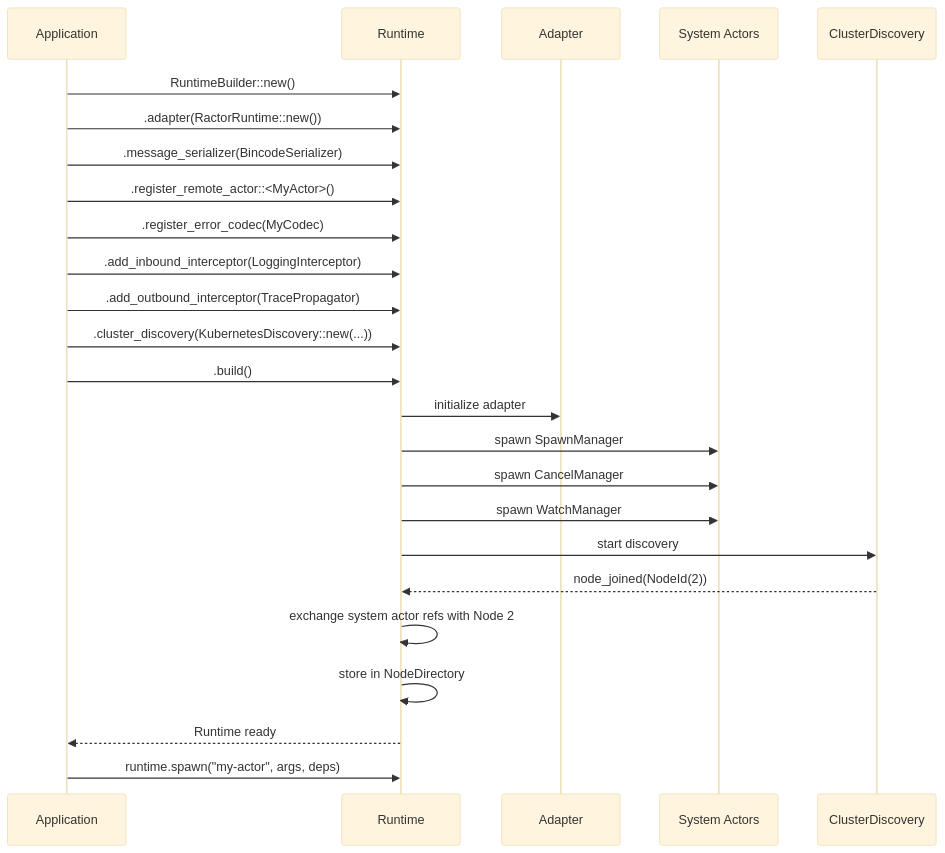
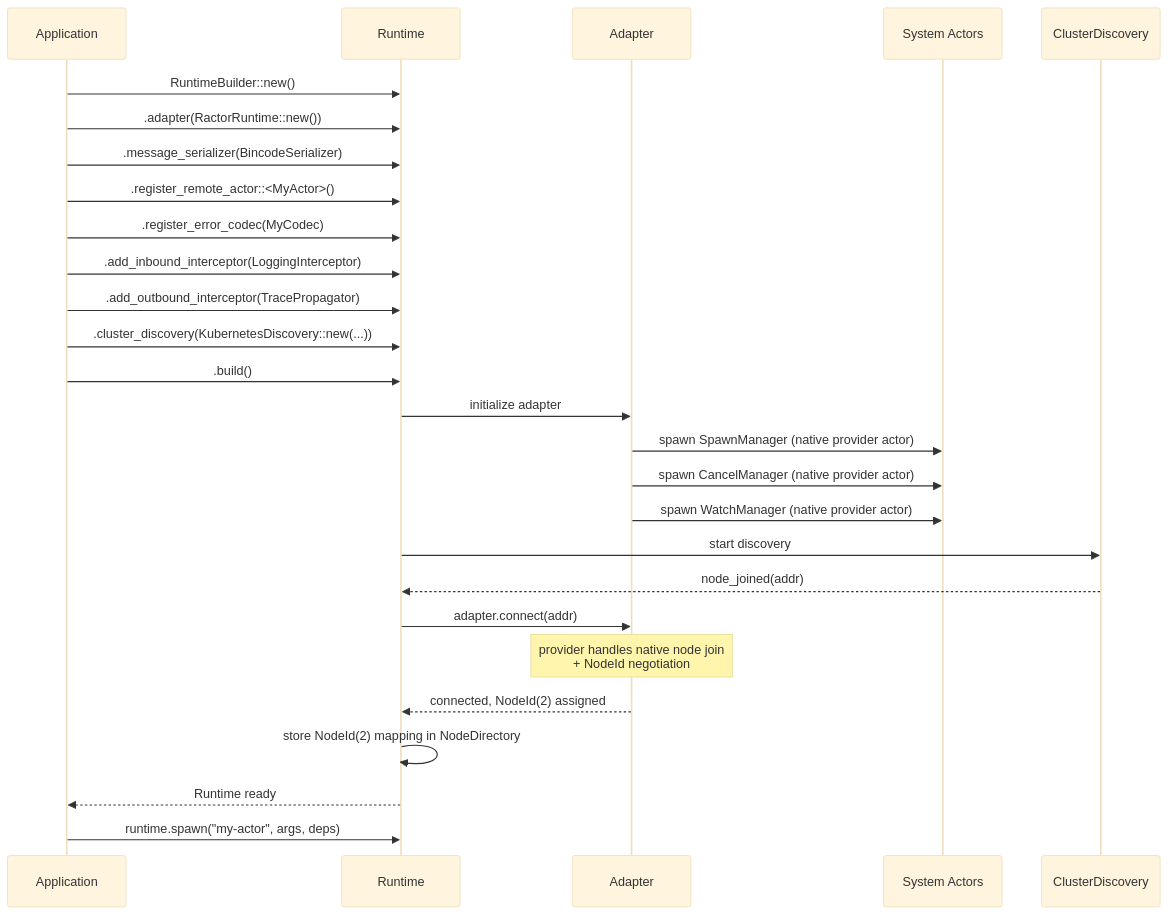
Before and after one commit to Yaming-Hub/dactor: diagram 19 of 32 in docs/design-v0.2.md, drawn with Mermaid (base theme). The commit also changed other lines of this file, not shown here.

First line of the commit message:
docs: system actors are native provider actors, dactor never touches network

````diff
--- a/docs/design-v0.2.md
+++ b/docs/design-v0.2.md
@@ -3743,31 +3764,33 @@
 ```mermaid
 sequenceDiagram
     participant App as Application
     participant R as Runtime
     participant A as Adapter
     participant SA as System Actors
     participant CD as ClusterDiscovery
 
     App->>R: RuntimeBuilder::new()
     App->>R: .adapter(RactorRuntime::new())
     App->>R: .message_serializer(BincodeSerializer)
     App->>R: .register_remote_actor::<MyActor>()
     App->>R: .register_error_codec(MyCodec)
     App->>R: .add_inbound_interceptor(LoggingInterceptor)
     App->>R: .add_outbound_interceptor(TracePropagator)
     App->>R: .cluster_discovery(KubernetesDiscovery::new(...))
     App->>R: .build()
 
     R->>A: initialize adapter
-    R->>SA: spawn SpawnManager
-    R->>SA: spawn CancelManager
-    R->>SA: spawn WatchManager
+    A->>SA: spawn SpawnManager (native provider actor)
+    A->>SA: spawn CancelManager (native provider actor)
+    A->>SA: spawn WatchManager (native provider actor)
 
     R->>CD: start discovery
-    CD-->>R: node_joined(NodeId(2))
-    R->>R: exchange system actor refs with Node 2
-    R->>R: store in NodeDirectory
+    CD-->>R: node_joined(addr)
+    R->>A: adapter.connect(addr)
+    Note over A: provider handles native node join<br/>+ NodeId negotiation
+    A-->>R: connected, NodeId(2) assigned
+    R->>R: store NodeId(2) mapping in NodeDirectory
 
     R-->>App: Runtime ready
     App->>R: runtime.spawn("my-actor", args, deps)
 ```
````
